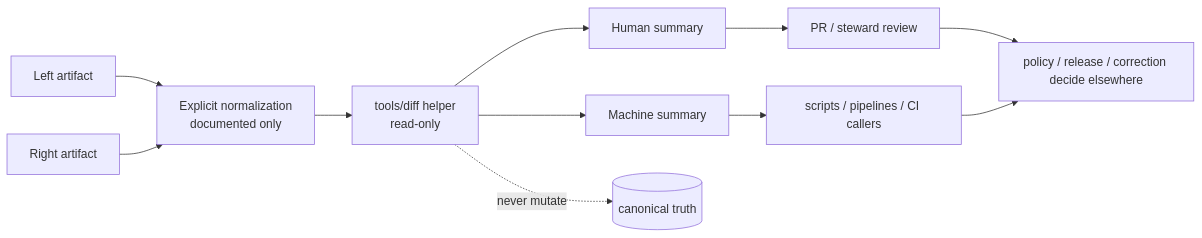
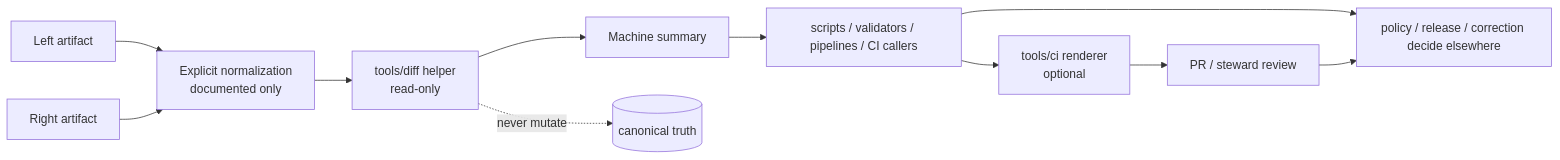
Before and after one commit to bartytime4life/Kansas-Frontier-Matrix: the diagram in tools/diff/README.md, drawn with Mermaid. The commit also changed other lines of this file, not shown here.

````diff
--- a/tools/diff/README.md
+++ b/tools/diff/README.md
@@ -448,13 +504,13 @@
 ```mermaid
 flowchart LR
     L[Left artifact] --> N[Explicit normalization<br/>documented only]
     R[Right artifact] --> N
     N --> D[tools/diff helper<br/>read-only]
-    D --> H[Human summary]
     D --> M[Machine summary]
-    H --> RV[PR / steward review]
-    M --> CI[scripts / pipelines / CI callers]
-    RV --> DEC[policy / release / correction decide elsewhere]
-    CI --> DEC
+    M --> CI[scripts / validators / pipelines / CI callers]
+    CI --> RH[tools/ci renderer<br/>optional]
+    RH --> RV[PR / steward review]
+    CI --> DEC[policy / release / correction decide elsewhere]
+    RV --> DEC
     D -. never mutate .-> CT[(canonical truth)]
 ```
````
